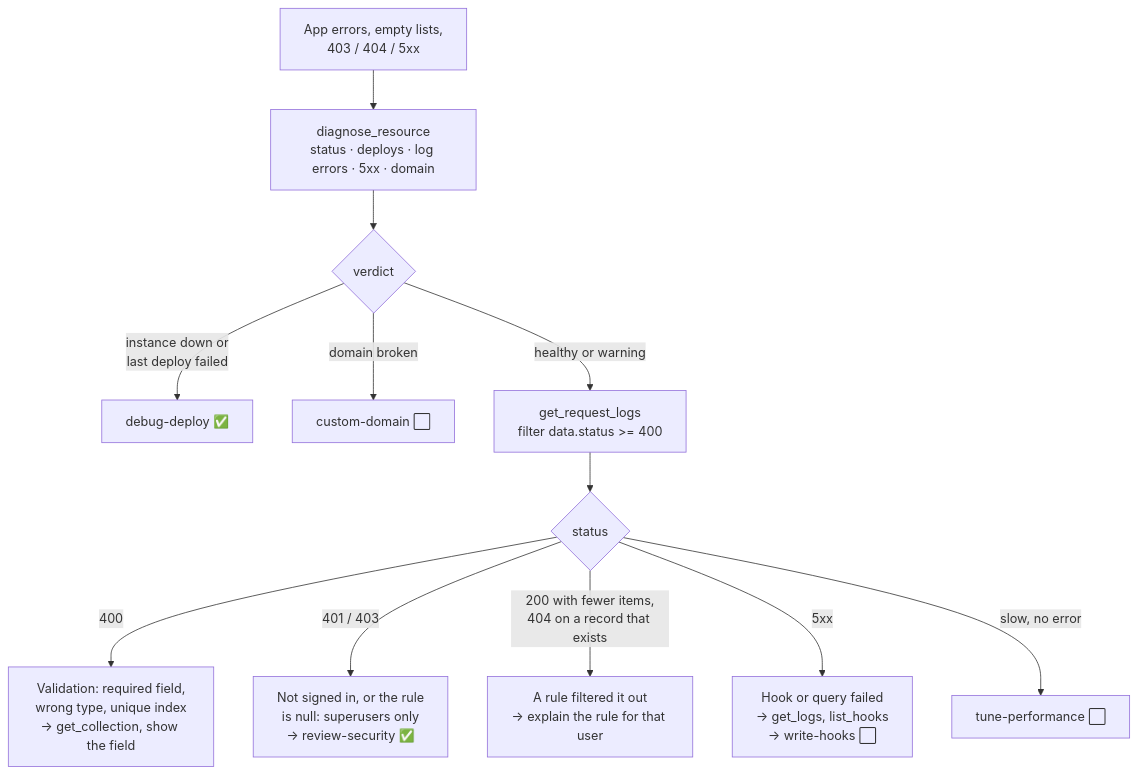
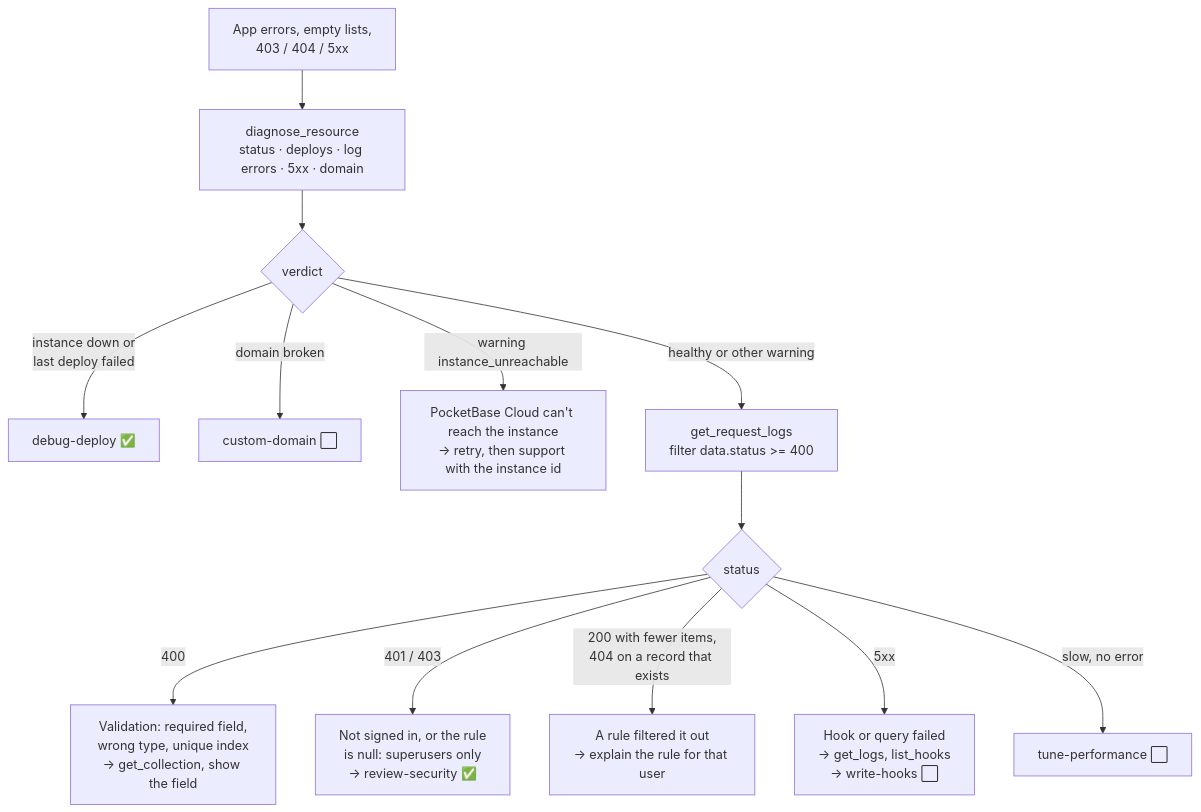
One commit to pocketbasecloud/mcp changed the fifth of 8 diagrams in docs/skill-design/use-cases.md. Above: the diagram before and after it, drawn with Mermaid. The commit also changed other lines of this file and 4 other files, not shown here.

````diff
--- a/docs/skill-design/use-cases.md
+++ b/docs/skill-design/use-cases.md
@@ -210,14 +220,15 @@
 ```mermaid
 flowchart TD
   q["App errors, empty lists,<br/>403 / 404 / 5xx"] --> dr["diagnose_resource<br/>status · deploys · log errors · 5xx · domain"]
   dr --> v{"verdict"}
   v -->|instance down or<br/>last deploy failed| dd["debug-deploy ✅"]
   v -->|domain broken| dom["custom-domain ⬜"]
-  v -->|healthy or warning| rl["get_request_logs<br/>filter data.status >= 400"]
+  v -->|"warning instance_unreachable"| unr["PocketBase Cloud can't reach the instance<br/>→ retry, then support with the instance id"]
+  v -->|healthy or other warning| rl["get_request_logs<br/>filter data.status >= 400"]
   rl --> code{"status"}
   code -->|"400"| f400["Validation: required field,<br/>wrong type, unique index<br/>→ get_collection, show the field"]
   code -->|"401 / 403"| f403["Not signed in, or the rule<br/>is null: superusers only<br/>→ review-security ✅"]
   code -->|"200 with fewer items,<br/>404 on a record that exists"| fhide["A rule filtered it out<br/>→ explain the rule for that user"]
   code -->|"5xx"| f500["Hook or query failed<br/>→ get_logs, list_hooks<br/>→ write-hooks ⬜"]
   code -->|slow, no error| tp["tune-performance ⬜"]
 ```
````
